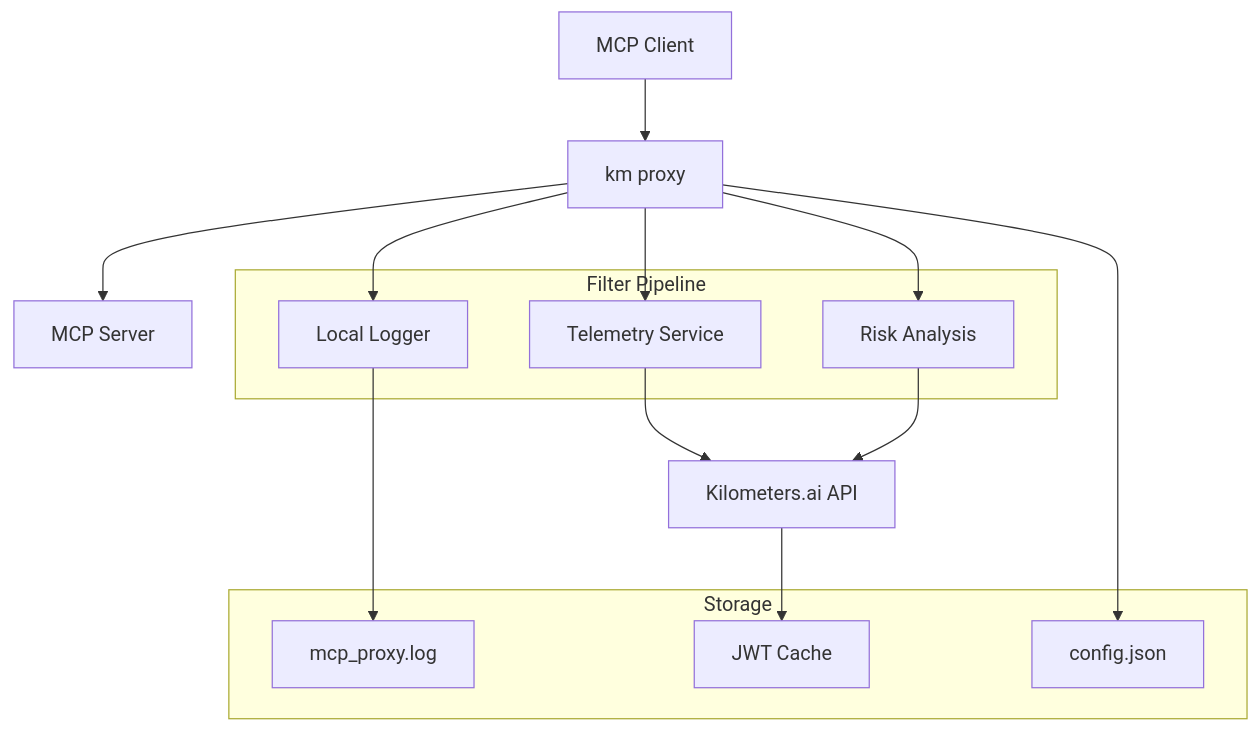
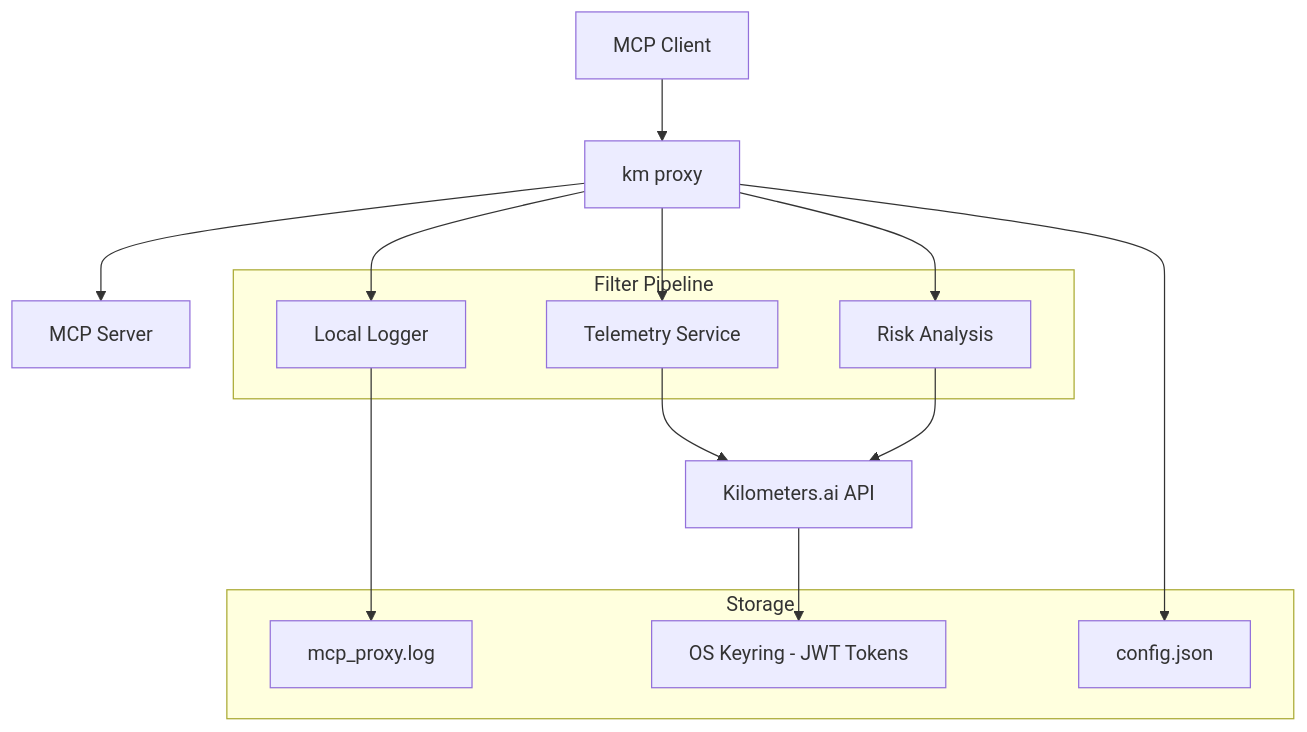
The diagram in README.md (kilometers-ai/kilometers-cli), drawn with Mermaid before and after one commit. The commit also changed other lines of this file and 34 other files, not shown here.

First line of the commit message:
feat: replace file-based token cache with secure OS keyring storage (#25)

````diff
--- a/README.md
+++ b/README.md
@@ -481,27 +484,27 @@
 ```mermaid
 graph TB
     Client[MCP Client] --> Proxy[km proxy]
     Proxy --> Server[MCP Server]
     Proxy --> Logger[Local Logger]
     Proxy --> Telemetry[Telemetry Service]
     Proxy --> RiskAnalysis[Risk Analysis]
 
     Telemetry --> API[Kilometers.ai API]
     RiskAnalysis --> API
 
     subgraph "Filter Pipeline"
         Logger
         Telemetry
         RiskAnalysis
     end
 
     subgraph "Storage"
         LocalLogs[mcp_proxy.log]
         Config[config.json]
-        TokenCache[JWT Cache]
+        Keyring[OS Keyring - JWT Tokens]
     end
 
     Logger --> LocalLogs
     Proxy --> Config
-    API --> TokenCache
+    API --> Keyring
 ```
````
